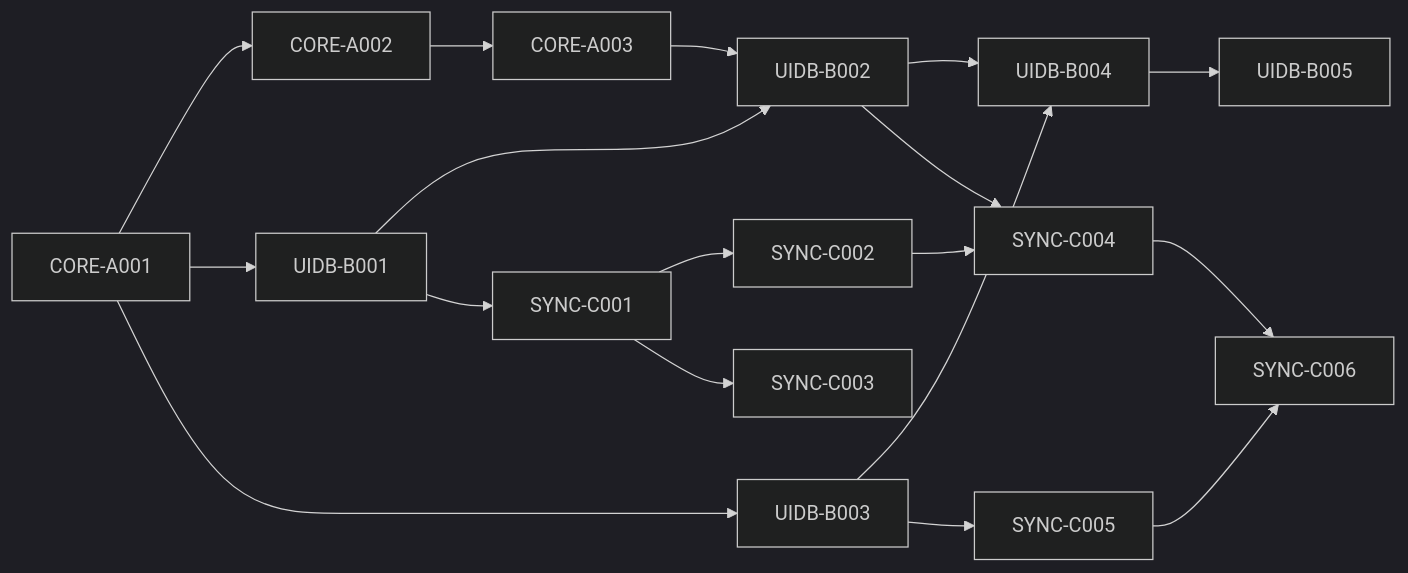
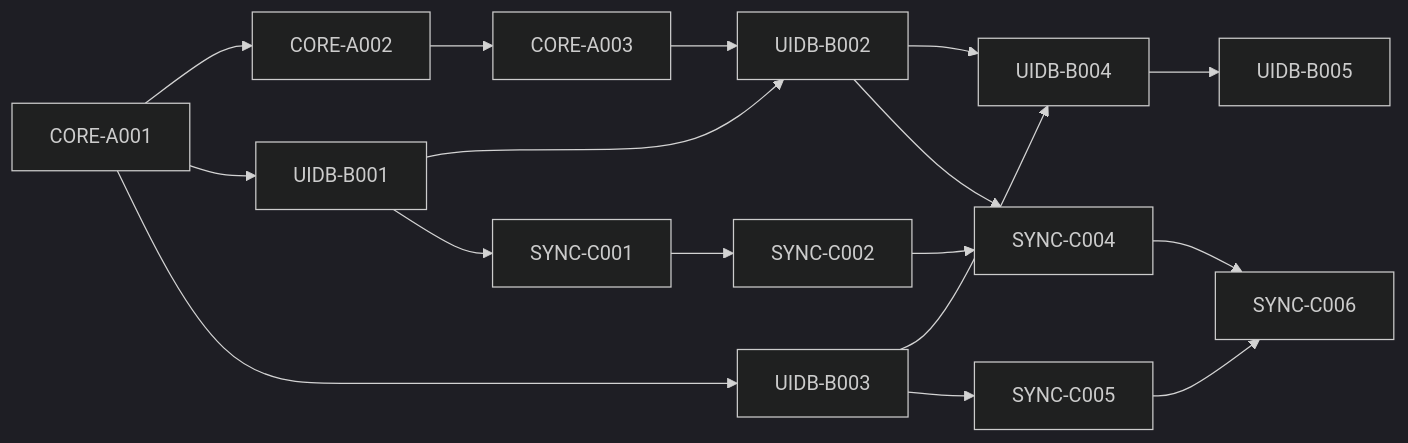
Before and after one commit to SkrOYC/burlmd: the diagram in .constitution/tasks/critical-path.md, drawn with Mermaid (dark theme). The commit also changed other lines of this file and 6 other files, not shown here.

Commit message:
Fix PR review findings: remove local markdown encryption, fix FTS5 schema, update FFI return types

````diff
--- a/.constitution/tasks/critical-path.md
+++ b/.constitution/tasks/critical-path.md
@@ -27,27 +26,26 @@
 ```mermaid
 flowchart LR
     A001[CORE-A001] --> A002[CORE-A002]
     A001 --> B001[UIDB-B001]
     A001 --> B003[UIDB-B003]
     
     A002 --> A003[CORE-A003]
     
     A003 --> B002[UIDB-B002]
     B001 --> B002
     
     B002 --> B004[UIDB-B004]
     B003 --> B004
     B004 --> B005[UIDB-B005]
     
     B001 --> C001[SYNC-C001]
     C001 --> C002[SYNC-C002]
-    C001 --> C003[SYNC-C003]
     
     C002 --> C004[SYNC-C004]
     B002 --> C004
     
     B003 --> C005[SYNC-C005]
     
     C004 --> C006[SYNC-C006]
     C005 --> C006
 ```
````
